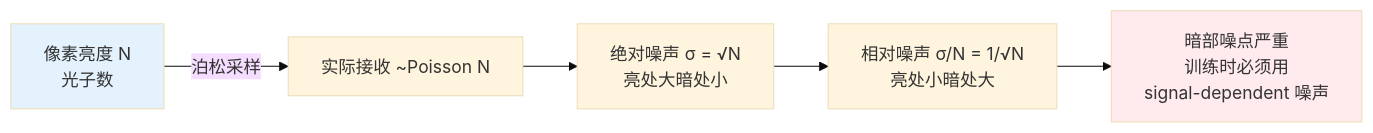
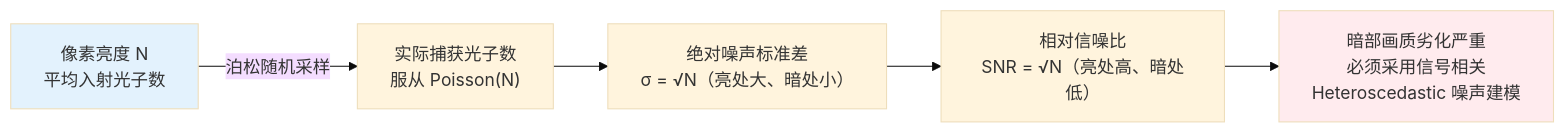
The second of 2 diagrams in chapters/01-degradation-model.md (yingwang/image-enhancement-guide), drawn with Mermaid (base theme) before and after one commit. The commit also changed other lines of this file and 18 other files, not shown here.

````diff
--- a/chapters/01-degradation-model.md
+++ b/chapters/01-degradation-model.md
@@ -427,10 +427,10 @@
 ```mermaid
 graph LR
-    A[像素亮度 N<br/>光子数] -->|泊松采样| B[实际接收 ~Poisson N]
-    B --> C[绝对噪声 σ = √N<br/>亮处大暗处小]
-    C --> D[相对噪声 σ/N = 1/√N<br/>亮处小暗处大]
-    D --> E[暗部噪点严重<br/>训练时必须用<br/>signal-dependent 噪声]
+    A["像素亮度 N<br/>平均入射光子数"] -->|泊松随机采样| B["实际捕获光子数<br/>服从 Poisson(N)"]
+    B --> C["绝对噪声标准差<br/>σ = √N（亮处大、暗处小）"]
+    C --> D["相对信噪比<br/>SNR = √N（亮处高、暗处低）"]
+    D --> E["暗部画质劣化严重<br/>必须采用信号相关<br/>Heteroscedastic 噪声建模"]
 
     style A fill:#e3f2fd
     style E fill:#ffebee
 ```
````
